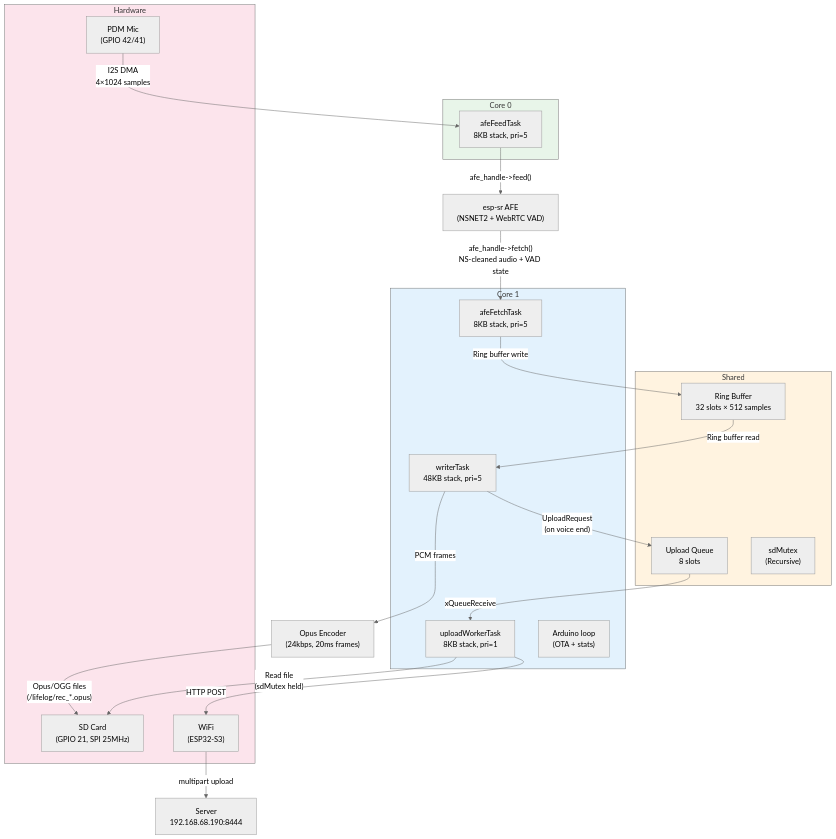
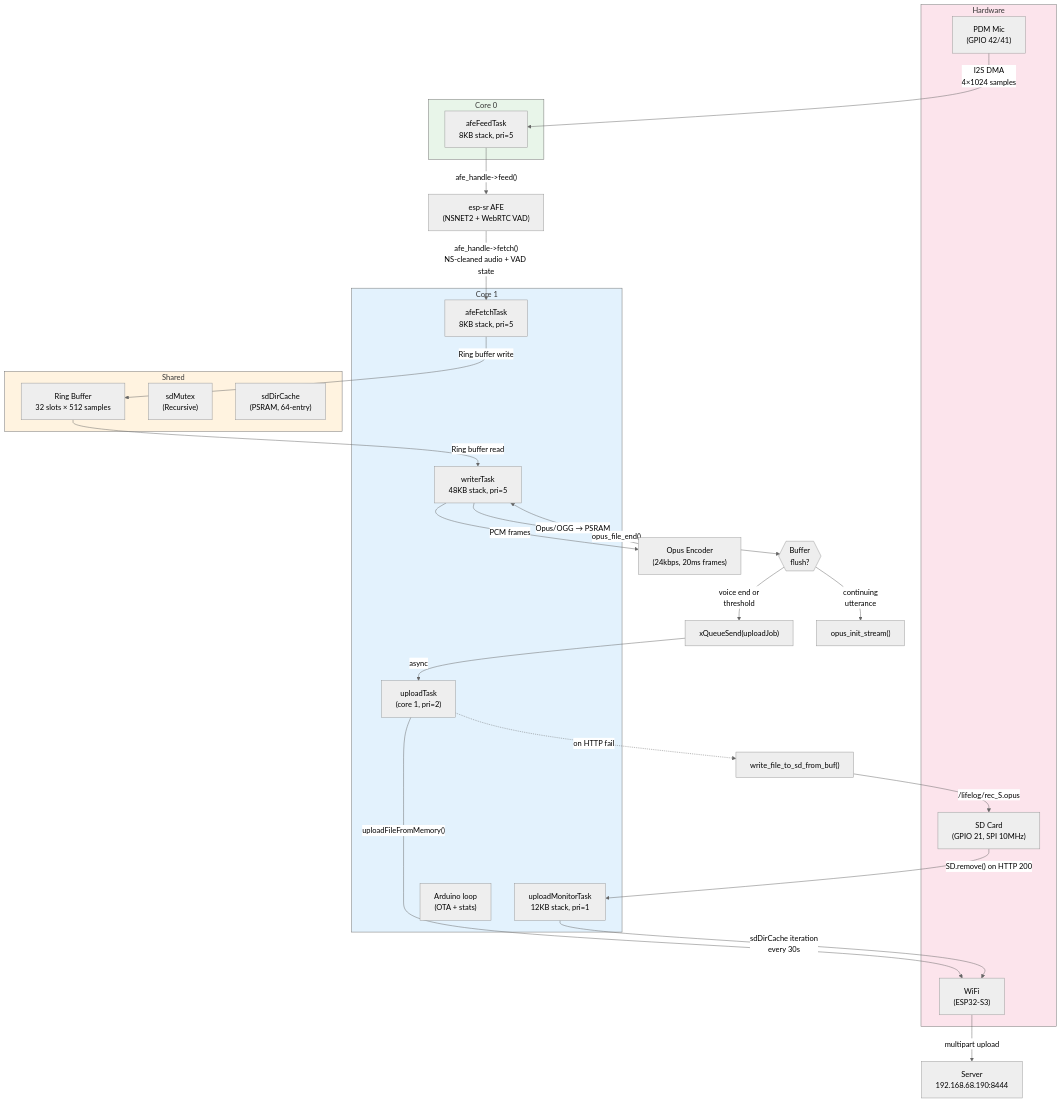
One commit to dlgreenwald/lifelog changed the first of 6 diagrams in firmware-ota/ARCHITECTURE.md. Above: the diagram before and after it, drawn with Mermaid (neutral theme). The commit also changed other lines of this file and 17 other files, not shown here.

First line of the commit message:
feat(firmware): AGC 45dB ceiling + 20dB seed, async upload task, Opus stream reinit, OAuth retry, token sanity (#116)

````diff
--- a/firmware-ota/ARCHITECTURE.md
+++ b/firmware-ota/ARCHITECTURE.md
@@ -9,47 +9,54 @@
 ```mermaid
 graph TB
     subgraph Hardware["Hardware"]
         mic["PDM Mic<br/>(GPIO 42/41)"]
-        sd["SD Card<br/>(GPIO 21, SPI 25MHz)"]
+        sd["SD Card<br/>(GPIO 21, SPI 10MHz)"]
         wifi["WiFi<br/>(ESP32-S3)"]
     end
 
     subgraph Core0["Core 0"]
         feed["afeFeedTask<br/>8KB stack, pri=5"]
     end
 
     subgraph Core1["Core 1"]
         fetch["afeFetchTask<br/>8KB stack, pri=5"]
         writer["writerTask<br/>48KB stack, pri=5"]
-        uploader["uploadWorkerTask<br/>8KB stack, pri=1"]
+        upload["uploadTask<br/>16KB stack, pri=2"]
+        mon["uploadMonitorTask<br/>12KB stack, pri=1"]
         loop["Arduino loop<br/>(OTA + stats)"]
     end
 
     subgraph Shared["Shared"]
         ring["Ring Buffer<br/>32 slots × 512 samples"]
-        queue["Upload Queue<br/>8 slots"]
         mutex["sdMutex<br/>(Recursive)"]
+        cache["sdDirCache<br/>(PSRAM, 64-entry)"]
     end
 
     afe["esp-sr AFE<br/>(NSNET2 + WebRTC VAD)"]
     opus["Opus Encoder<br/>(24kbps, 20ms frames)"]
     server["Server<br/>192.168.68.190:8444"]
 
     mic -->|"I2S DMA<br/>4×1024 samples"| feed
     feed -->|"afe_handle->feed()"| afe
     afe -->|"afe_handle->fetch()<br/>NS-cleaned audio + VAD state"| fetch
     fetch -->|"Ring buffer write"| ring
     ring -->|"Ring buffer read"| writer
     writer -->|"PCM frames"| opus
-    opus -->|"Opus/OGG files<br/>(/lifelog/rec_*.opus)"| sd
-    writer -->|"UploadRequest<br/>(on voice end)"| queue
-    queue -->|"xQueueReceive"| uploader
-    uploader -->|"Read file<br/>(sdMutex held)"| sd
-    uploader -->|"HTTP POST"| wifi
+
+    opus -->|"Opus/OGG → PSRAM"| writer
+    writer -->|"opus_file_end()"| decision{{"Buffer<br/>flush?"}}
+    decision -->|"voice end or<br/>threshold"| enq["xQueueSend(uploadJob)"]
+    decision -->|"continuing<br/>utterance"| reinit["opus_init_stream()"]
+    enq -->|"async"| upload["uploadTask<br/>(core 1, pri=2)"]
+    upload -->|"uploadFileFromMemory()"| wifi
+    upload -.->|"on HTTP fail"| writeSD["write_file_to_sd_from_buf()"]
+    writeSD -->|"/lifelog/rec_<epoch>S<n>.opus"| sd
+    sd -->|"SD.remove() on HTTP 200"| mon
+    mon -->|"sdDirCache iteration<br/>every 30s"| wifi
     wifi -->|"multipart upload"| server
 
     style Core0 fill:#e8f5e9
     style Core1 fill:#e3f2fd
     style Shared fill:#fff3e0
     style Hardware fill:#fce4ec
 ```
````
